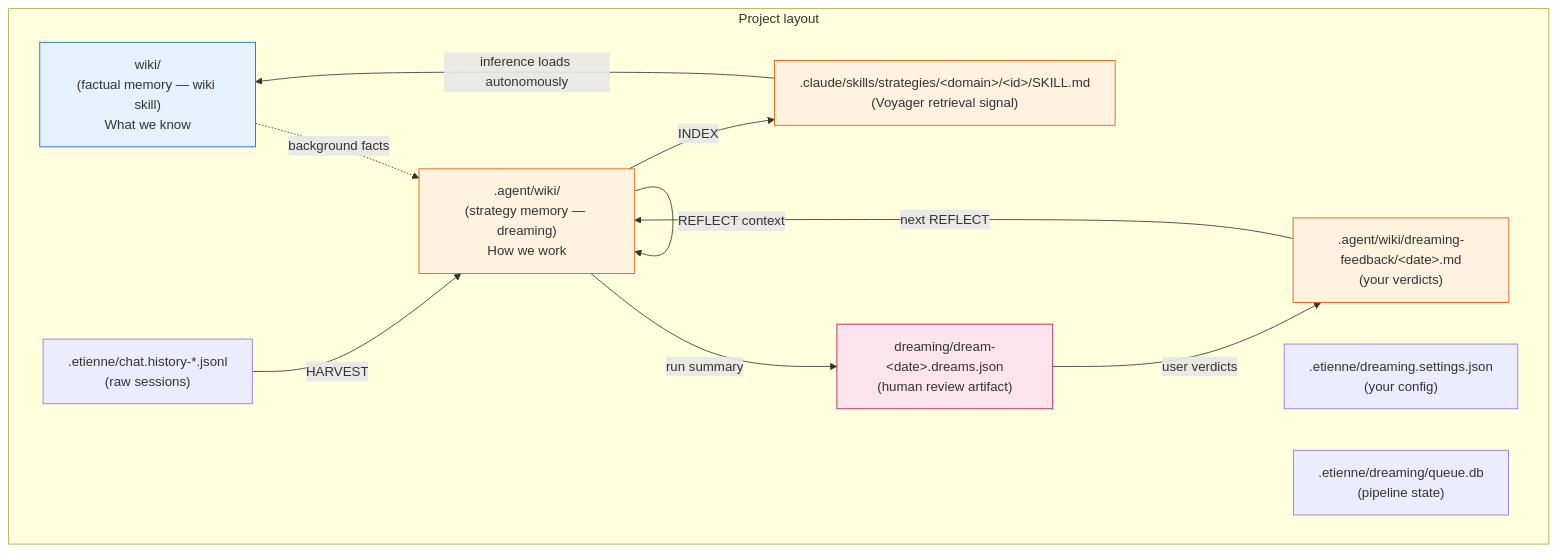
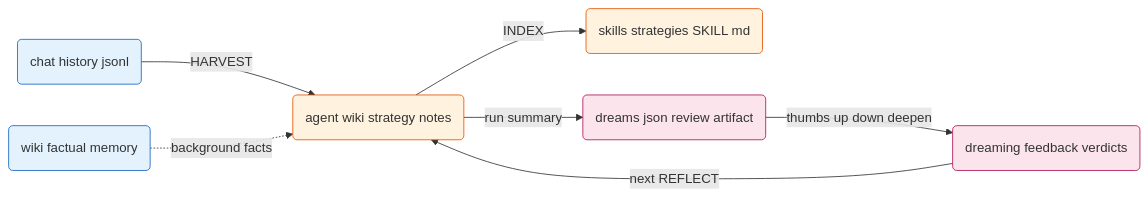
Before and after one commit to BulloRosso/etienne: the diagram in docs/dreaming.md, drawn with Mermaid. The commit also changed other lines of this file and 12 other files, not shown here.

````diff
--- a/docs/dreaming.md
+++ b/docs/dreaming.md
@@ -42,28 +75,23 @@
 ```mermaid
-flowchart TD
-    subgraph "Project layout"
-        WIKI["wiki/<br/>(factual memory — wiki skill)<br/>What we know"]
-        AWIKI[".agent/wiki/<br/>(strategy memory — dreaming)<br/>How we work"]
-        CARDS[".claude/skills/strategies/&lt;domain&gt;/&lt;id&gt;/SKILL.md<br/>(Voyager retrieval signal)"]
-        FEEDBACK[".agent/wiki/dreaming-feedback/&lt;date&gt;.md<br/>(your verdicts)"]
-        DREAMS["dreaming/dream-&lt;date&gt;.dreams.json<br/>(human review artifact)"]
-        SESS[".etienne/chat.history-*.jsonl<br/>(raw sessions)"]
-        SETTINGS[".etienne/dreaming.settings.json<br/>(your config)"]
-        QUEUE[".etienne/dreaming/queue.db<br/>(pipeline state)"]
-    end
+flowchart LR
+    SESS(chat history jsonl)
+    WIKI(wiki factual memory)
+    AWIKI(agent wiki strategy notes)
+    CARDS(skills strategies SKILL md)
+    DREAMS(dreams json review artifact)
+    FEEDBACK(dreaming feedback verdicts)
 
     SESS -->|HARVEST| AWIKI
-    AWIKI -->|REFLECT context| AWIKI
     WIKI -.->|background facts| AWIKI
     AWIKI -->|INDEX| CARDS
-    CARDS -->|inference loads autonomously| WIKI
     AWIKI -->|run summary| DREAMS
-    DREAMS -->|user verdicts| FEEDBACK
+    DREAMS -->|thumbs up down deepen| FEEDBACK
     FEEDBACK -->|next REFLECT| AWIKI
 
+    style SESS fill:#e3f2fd,stroke:#1565c0
     style WIKI fill:#e3f2fd,stroke:#1565c0
     style AWIKI fill:#fff3e0,stroke:#e65100
     style CARDS fill:#fff3e0,stroke:#e65100
-    style FEEDBACK fill:#fff3e0,stroke:#e65100
     style DREAMS fill:#fce4ec,stroke:#ad1457
+    style FEEDBACK fill:#fce4ec,stroke:#ad1457
 ```
````
